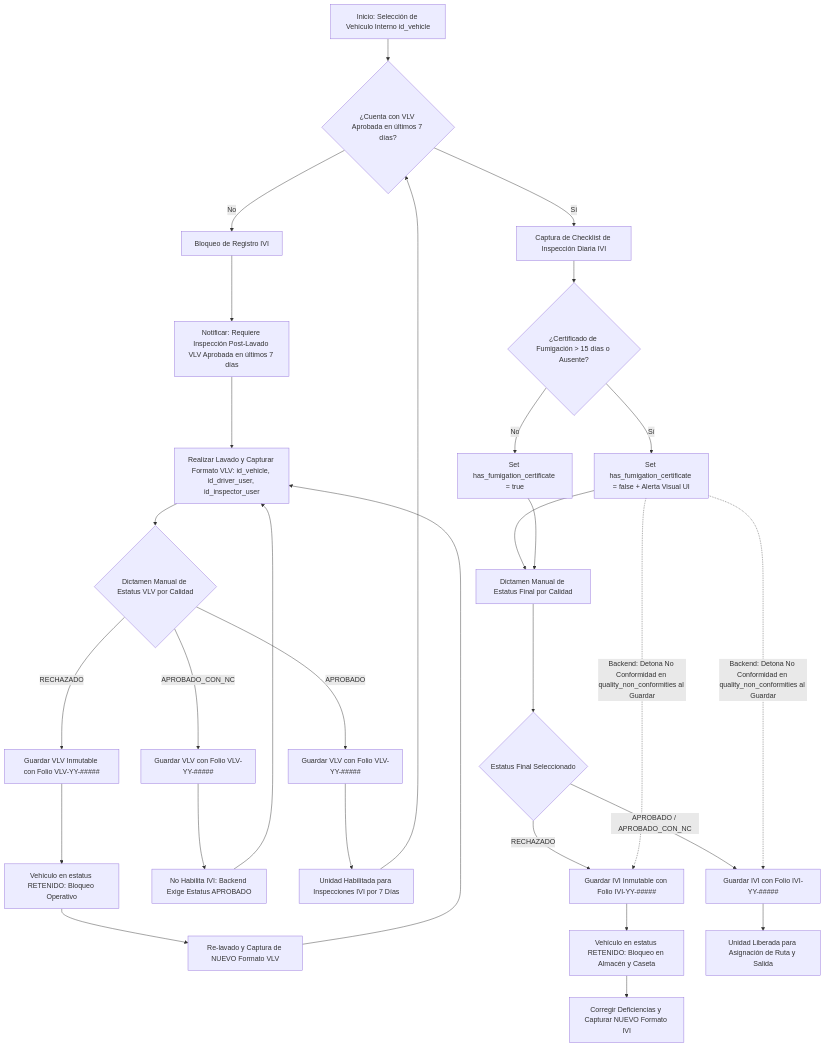
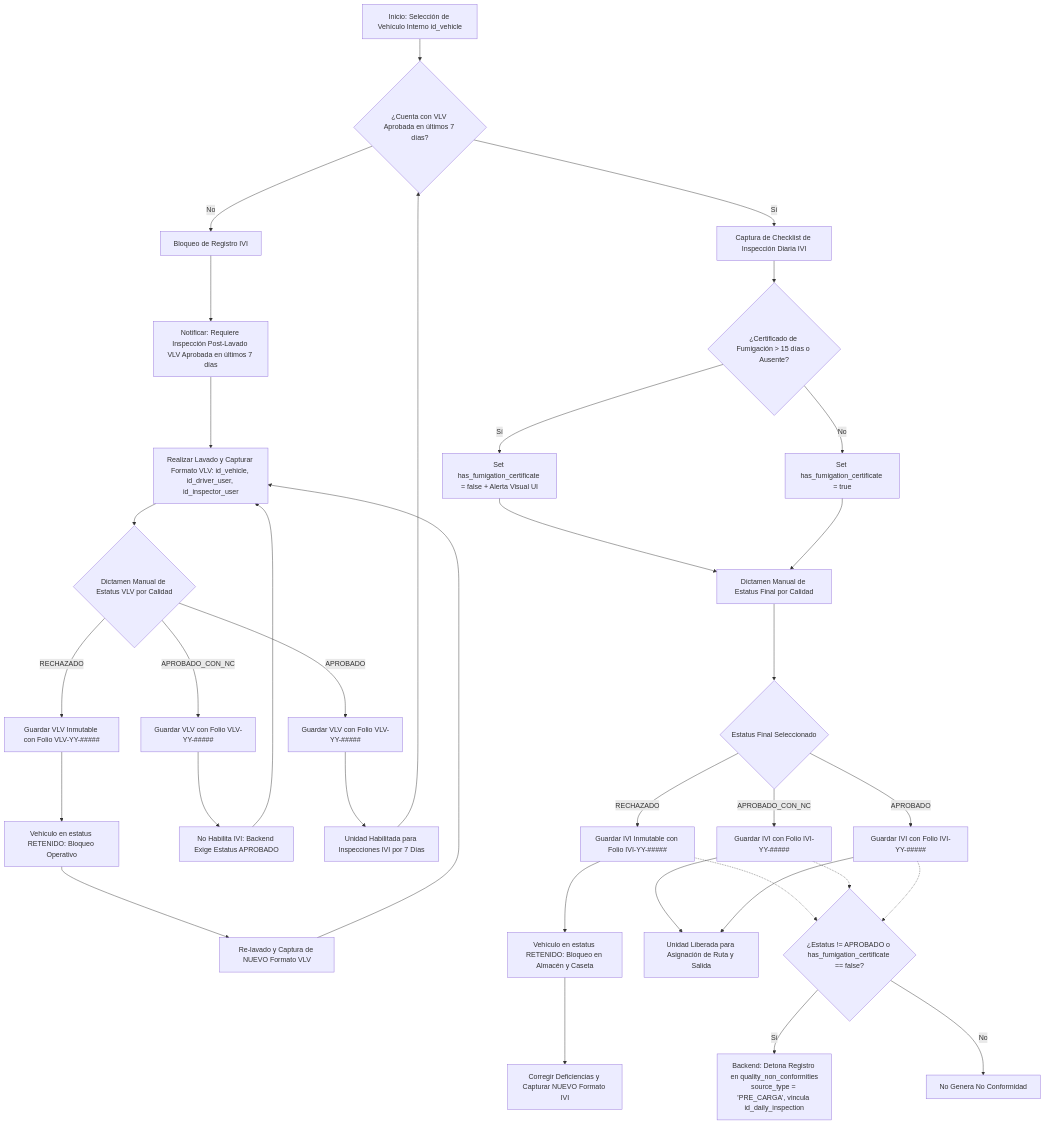
Before and after one commit to Automatizacion-KPC/KoonolApp: the first of 2 diagrams in docs/modules/vehicle_inspection.md, drawn with Mermaid. The commit also changed other lines of this file, not shown here.

Commit message:
docs(vhi/docs): corregir BR-VHI-05, US y diagramas de flujo para alinearse mejor con módulo qnc [chore]

````diff
--- a/docs/modules/vehicle_inspection.md
+++ b/docs/modules/vehicle_inspection.md
@@ -103,43 +108,51 @@
 ```mermaid
 graph TD
     A[Inicio: Selección de Vehículo Interno id_vehicle] --> B{¿Cuenta con VLV Aprobada en últimos 7 días?}
 
     B -- No --> C[Bloqueo de Registro IVI]
     C --> D[Notificar: Requiere Inspección Post-Lavado VLV Aprobada en últimos 7 días]
     D --> E[Realizar Lavado y Capturar Formato VLV: id_vehicle, id_driver_user, id_inspector_user]
     E --> F{Dictamen Manual de Estatus VLV por Calidad}
 
     F -- RECHAZADO --> G1[Guardar VLV Inmutable con Folio VLV-YY-#####]
     G1 --> H1[Vehículo en estatus RETENIDO: Bloqueo Operativo]
     H1 --> I1[Re-lavado y Captura de NUEVO Formato VLV]
     I1 --> E
 
     F -- APROBADO_CON_NC --> G2[Guardar VLV con Folio VLV-YY-#####]
     G2 --> H2[No Habilita IVI: Backend Exige Estatus APROBADO]
     H2 --> E
 
     F -- APROBADO --> G3[Guardar VLV con Folio VLV-YY-#####]
     G3 --> H3[Unidad Habilitada para Inspecciones IVI por 7 Días]
     H3 --> B
 
     B -- Sí --> J[Captura de Checklist de Inspección Diaria IVI]
     J --> K{¿Certificado de Fumigación > 15 días o Ausente?}
 
     K -- Sí --> L[Set has_fumigation_certificate = false + Alerta Visual UI]
     K -- No --> M[Set has_fumigation_certificate = true]
 
     L --> N[Dictamen Manual de Estatus Final por Calidad]
     M --> N
 
     N --> O{Estatus Final Seleccionado}
 
     O -- RECHAZADO --> P1[Guardar IVI Inmutable con Folio IVI-YY-#####]
     P1 --> Q1[Vehículo en estatus RETENIDO: Bloqueo en Almacén y Caseta]
     Q1 --> R1[Corregir Deficiencias y Capturar NUEVO Formato IVI]
 
-    O -- APROBADO / APROBADO_CON_NC --> P2[Guardar IVI con Folio IVI-YY-#####]
+    O -- APROBADO_CON_NC --> P2[Guardar IVI con Folio IVI-YY-#####]
     P2 --> Q2[Unidad Liberada para Asignación de Ruta y Salida]
 
-    L -. Backend: Detona No Conformidad en quality_non_conformities al Guardar .-> P1
-    L -. Backend: Detona No Conformidad en quality_non_conformities al Guardar .-> P2
+    O -- APROBADO --> P3[Guardar IVI con Folio IVI-YY-#####]
+    P3 --> Q2
+
+    NC_CHECK{¿Estatus != APROBADO o has_fumigation_certificate == false?}
+    P1 -.-> NC_CHECK
+    P2 -.-> NC_CHECK
+    P3 -.-> NC_CHECK
+
+    NC_CHECK -- Sí --> NC_GEN[Backend: Detona Registro en quality_non_conformities\nsource_type = 'PRE_CARGA', vincula id_daily_inspection]
+    NC_CHECK -- No --> NC_END[No Genera No Conformidad]
 ```
````
